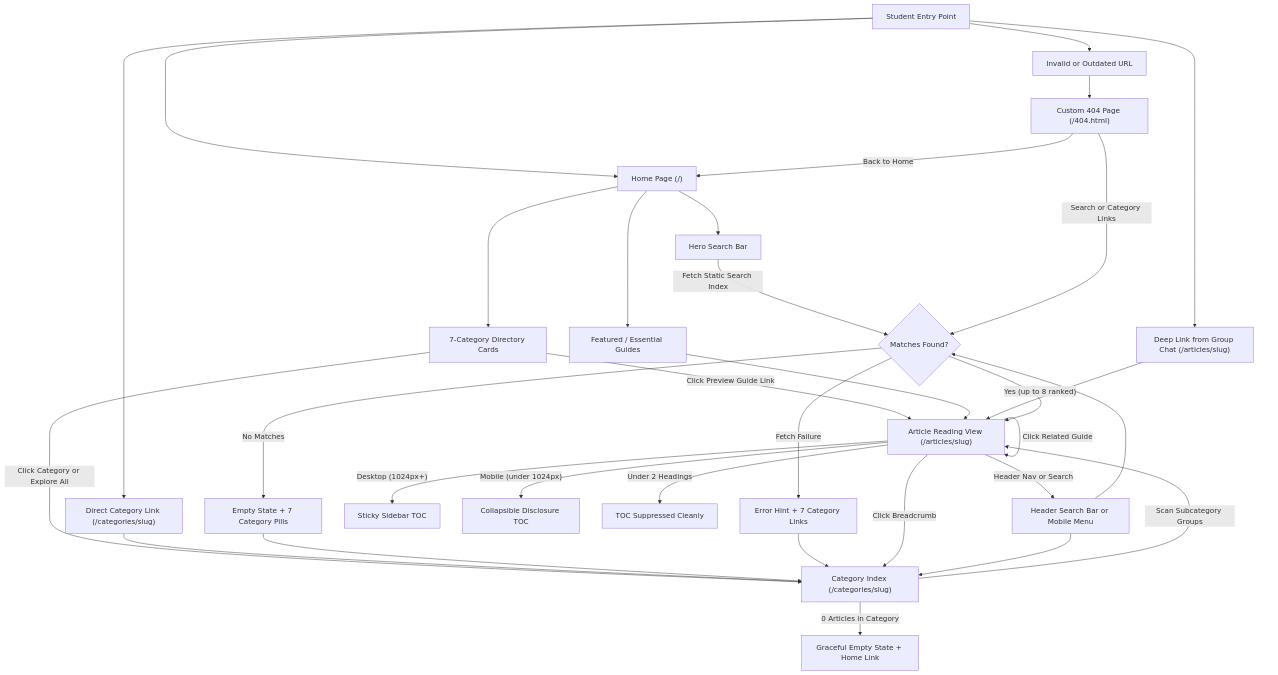
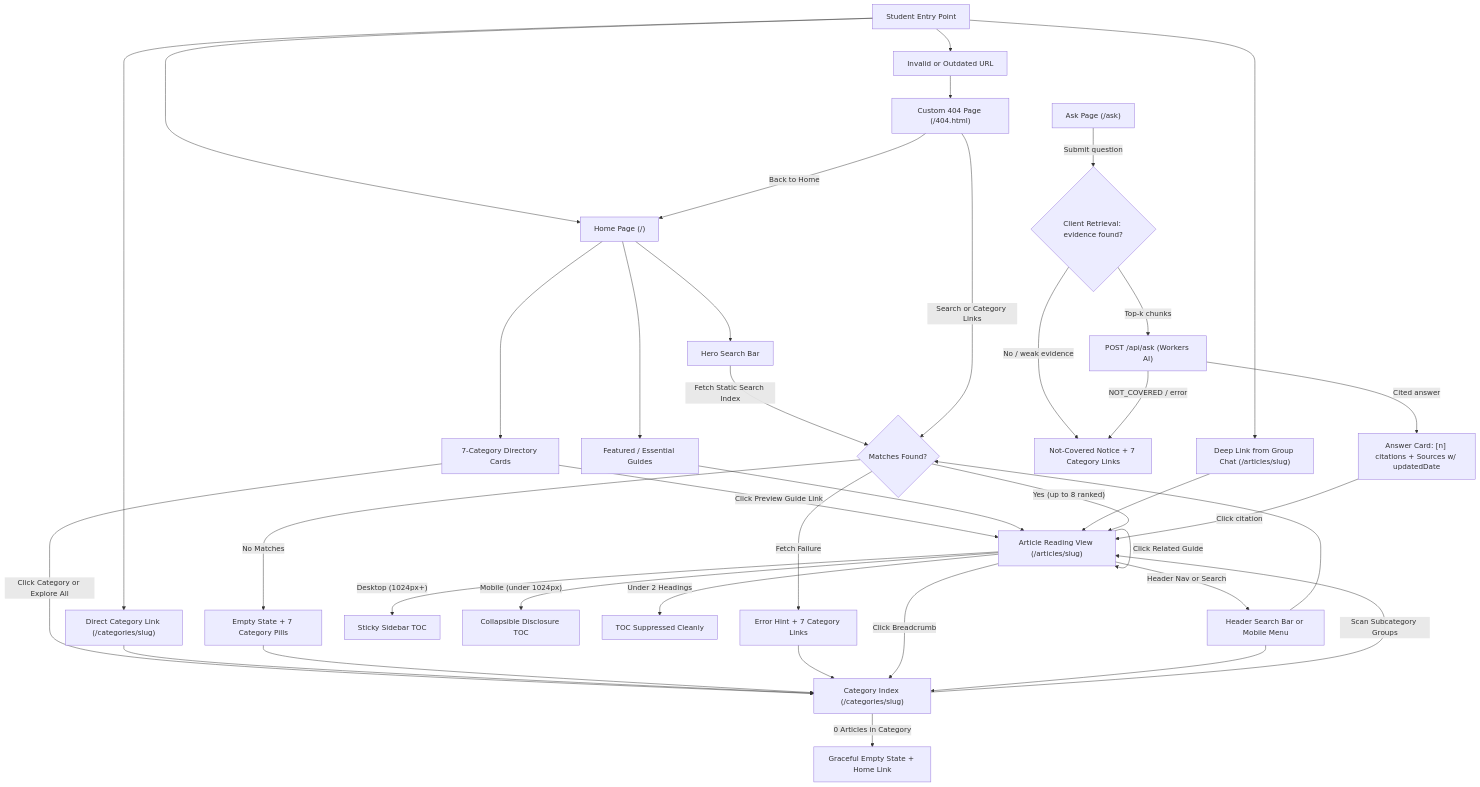
Before and after one commit to bulsutools/geary: the first of 2 diagrams in USER_FLOWS.md, drawn with Mermaid. The commit also changed other lines of this file and 21 other files, not shown here.

````diff
--- a/USER_FLOWS.md
+++ b/USER_FLOWS.md
@@ -40,40 +41,47 @@
 ```mermaid
 flowchart TD
     ENTRY["Student Entry Point"] --> HOME["Home Page (/)"]
     ENTRY --> CAT_IN["Direct Category Link (/categories/slug)"]
     ENTRY --> ART_IN["Deep Link from Group Chat (/articles/slug)"]
     ENTRY --> BAD_URL["Invalid or Outdated URL"]
 
     HOME --> HERO_SRCH["Hero Search Bar"]
     HOME --> FEAT["Featured / Essential Guides"]
     HOME --> DIR["7-Category Directory Cards"]
 
     DIR -->|"Click Category or Explore All"| CAT_PAGE["Category Index (/categories/slug)"]
     DIR -->|"Click Preview Guide Link"| ART_PAGE["Article Reading View (/articles/slug)"]
     CAT_IN --> CAT_PAGE
     FEAT --> ART_PAGE
     ART_IN --> ART_PAGE
 
     CAT_PAGE -->|"Scan Subcategory Groups"| ART_PAGE
     CAT_PAGE -->|"0 Articles in Category"| CAT_EMPTY["Graceful Empty State + Home Link"]
 
     HERO_SRCH -->|"Fetch Static Search Index"| MATCH{"Matches Found?"}
     MATCH -->|"Yes (up to 8 ranked)"| ART_PAGE
     MATCH -->|"No Matches"| NO_MATCH["Empty State + 7 Category Pills"]
     MATCH -->|"Fetch Failure"| FETCH_ERR["Error Hint + 7 Category Links"]
     NO_MATCH --> CAT_PAGE
     FETCH_ERR --> CAT_PAGE
 
     ART_PAGE -->|"Desktop (1024px+)"| TOC_D["Sticky Sidebar TOC"]
     ART_PAGE -->|"Mobile (under 1024px)"| TOC_M["Collapsible Disclosure TOC"]
     ART_PAGE -->|"Under 2 Headings"| NO_TOC["TOC Suppressed Cleanly"]
     ART_PAGE -->|"Click Breadcrumb"| CAT_PAGE
     ART_PAGE -->|"Click Related Guide"| ART_PAGE
     ART_PAGE -->|"Header Nav or Search"| HDR_SRCH["Header Search Bar or Mobile Menu"]
     HDR_SRCH --> MATCH
     HDR_SRCH --> CAT_PAGE
 
     BAD_URL --> P404["Custom 404 Page (/404.html)"]
     P404 -->|"Search or Category Links"| MATCH
     P404 -->|"Back to Home"| HOME
+
+    ASK_PAGE["Ask Page (/ask)"] -->|"Submit question"| RETRIEVE{"Client Retrieval: evidence found?"}
+    RETRIEVE -->|"No / weak evidence"| NOT_COV["Not-Covered Notice + 7 Category Links"]
+    RETRIEVE -->|"Top-k chunks"| API_CALL["POST /api/ask (Workers AI)"]
+    API_CALL -->|"Cited answer"| ANSWER["Answer Card: [n] citations + Sources w/ updatedDate"]
+    API_CALL -->|"NOT_COVERED / error"| NOT_COV
+    ANSWER -->|"Click citation"| ART_PAGE
 ```
````
